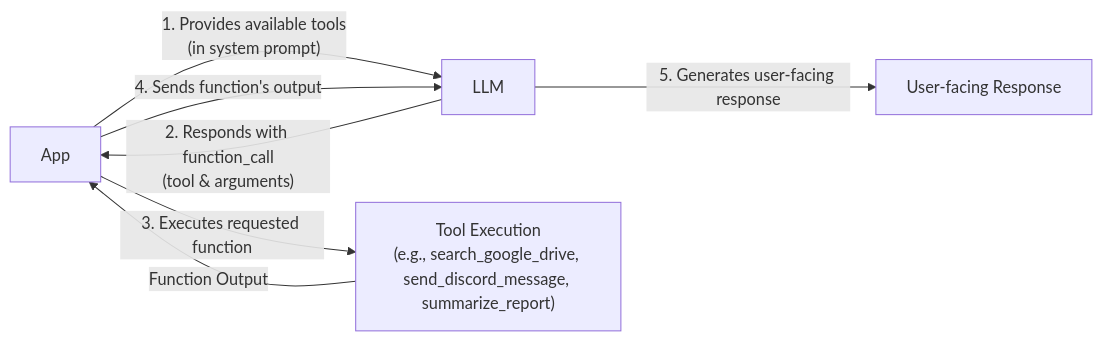
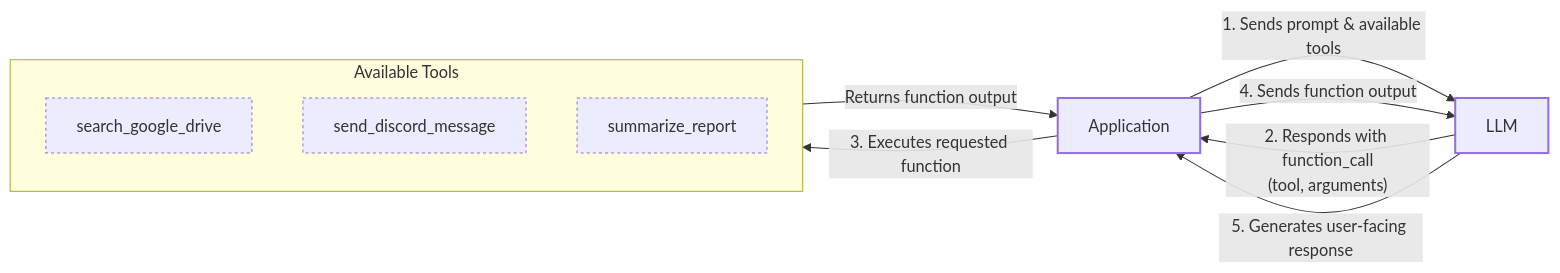
Before and after one commit to YMaXing/Research-Agent-reinforced-by-RL: the first of 3 diagrams in RL_researcher_writer_ymaxing/rl_training_data/noise_experiment/06_tools__var_standard__replicate2__preset0/article_000.md, drawn with Mermaid. The commit also changed other lines of this file and 4528 other files, not shown here.

````diff
--- a/RL_researcher_writer_ymaxing/rl_training_data/noise_experiment/06_tools__var_standard__replicate2__preset0/article_000.md
+++ b/RL_researcher_writer_ymaxing/rl_training_data/noise_experiment/06_tools__var_standard__replicate2__preset0/article_000.md
@@ -34,14 +32,27 @@
 ```mermaid
 flowchart LR
-  App["App"]
-  LLM["LLM"]
-  ToolExecution["Tool Execution<br/>(e.g., search_google_drive, send_discord_message, summarize_report)"]
-  UserResponse["User-facing Response"]
+  %% Main Actors
+  A["Application"]
+  L["LLM"]
 
-  App -- "1. Provides available tools<br/>(in system prompt)" --> LLM
-  LLM -- "2. Responds with function_call<br/>(tool & arguments)" --> App
-  App -- "3. Executes requested function" --> ToolExecution
-  ToolExecution -- "Function Output" --> App
-  App -- "4. Sends function's output" --> LLM
-  LLM -- "5. Generates user-facing response" --> UserResponse
+  %% Available Tools
+  subgraph Tools["Available Tools"]
+    SGD["search_google_drive"]
+    SDM["send_discord_message"]
+    SR["summarize_report"]
+  end
+
+  %% 5-Step Request-Execute-Respond Flow
+  A -- "1. Sends prompt & available tools" --> L
+  L -- "2. Responds with function_call<br/>(tool, arguments)" --> A
+  A -- "3. Executes requested function" --> Tools
+  Tools -- "Returns function output" --> A
+  A -- "4. Sends function output" --> L
+  L -- "5. Generates user-facing response" --> A
+
+  %% Visual grouping
+  classDef actor stroke-width:2px
+  classDef external stroke-dasharray:3,3
+  class A,L actor
+  class SGD,SDM,SR external
 ```
````
